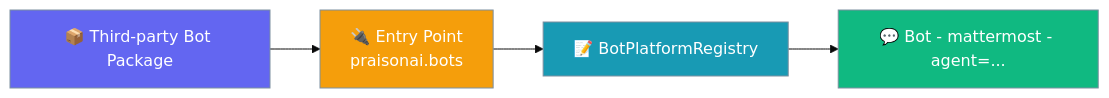
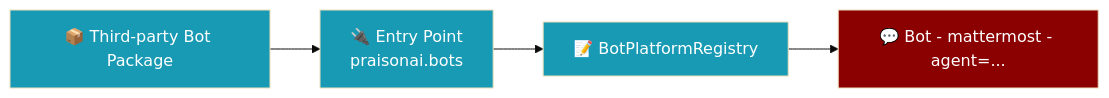
One commit to MervinPraison/PraisonAIDocs changed the first of 2 diagrams in docs/features/bot-platform-plugins.mdx. Above: the diagram before and after it, drawn with Mermaid (base theme). The commit also changed 24 other files, not shown here.

````diff
--- a/docs/features/bot-platform-plugins.mdx
+++ b/docs/features/bot-platform-plugins.mdx
@@ -10,16 +10,12 @@
 ```mermaid
 graph LR
     A[📦 Third-party Bot Package] --> B[🔌 Entry Point<br/>praisonai.bots]
     B --> C[📝 BotPlatformRegistry]
     C --> D[💬 Bot - mattermost - agent=...]
 
-    classDef package fill:#6366F1,stroke:#7C90A0,color:#fff
-    classDef entrypoint fill:#F59E0B,stroke:#7C90A0,color:#fff
-    classDef registry fill:#189AB4,stroke:#7C90A0,color:#fff
-    classDef cli fill:#10B981,stroke:#7C90A0,color:#fff
+    classDef agent fill:#8B0000,color:#fff
+    classDef tool fill:#189AB4,color:#fff
 
-    class A package
-    class B entrypoint
-    class C registry
-    class D cli
+    class D agent
+    class A,B,C tool
 ```
````
